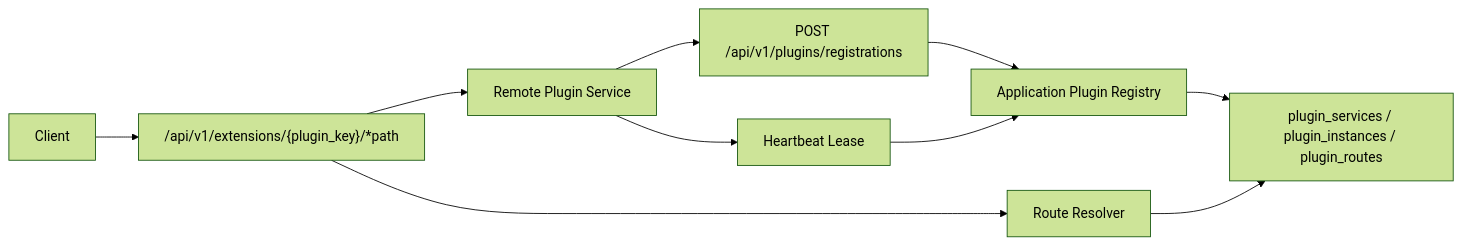
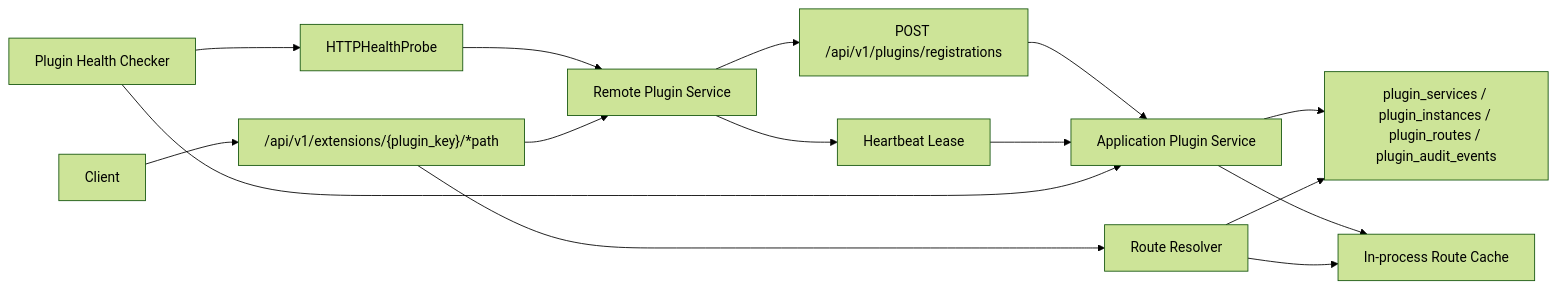
Before and after one commit to rin721/keiyaku-go: the third of 3 diagrams in docs/architecture/system-design.md, drawn with Mermaid (forest theme). The commit also changed other lines of this file and 23 other files, not shown here.

````diff
--- a/docs/architecture/system-design.md
+++ b/docs/architecture/system-design.md
@@ -71,12 +73,17 @@
 ```mermaid
 flowchart LR
   Plugin["Remote Plugin Service"] --> Register["POST /api/v1/plugins/registrations"]
   Plugin --> Heartbeat["Heartbeat Lease"]
-  Register --> Registry["Application Plugin Registry"]
+  Register --> Registry["Application Plugin Service"]
   Heartbeat --> Registry
-  Registry --> MySQL["plugin_services / plugin_instances / plugin_routes"]
+  Registry --> MySQL["plugin_services / plugin_instances / plugin_routes / plugin_audit_events"]
+  Registry --> Cache["In-process Route Cache"]
+  Health["Plugin Health Checker"] --> Probe["HTTPHealthProbe"]
+  Probe --> Plugin
+  Health --> Registry
   Client["Client"] --> Gateway["/api/v1/extensions/{plugin_key}/*path"]
   Gateway --> Resolver["Route Resolver"]
+  Resolver --> Cache
   Resolver --> MySQL
   Gateway --> Plugin
 ```
````
